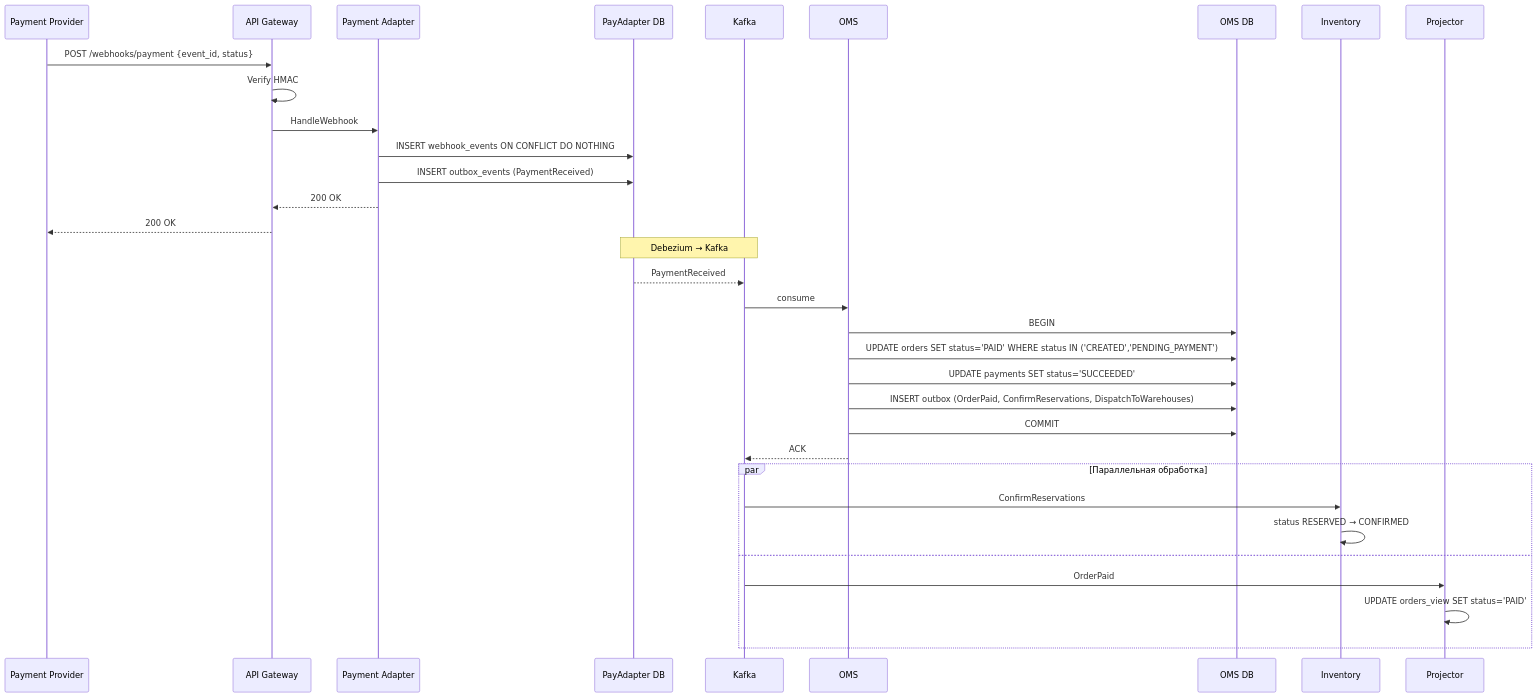
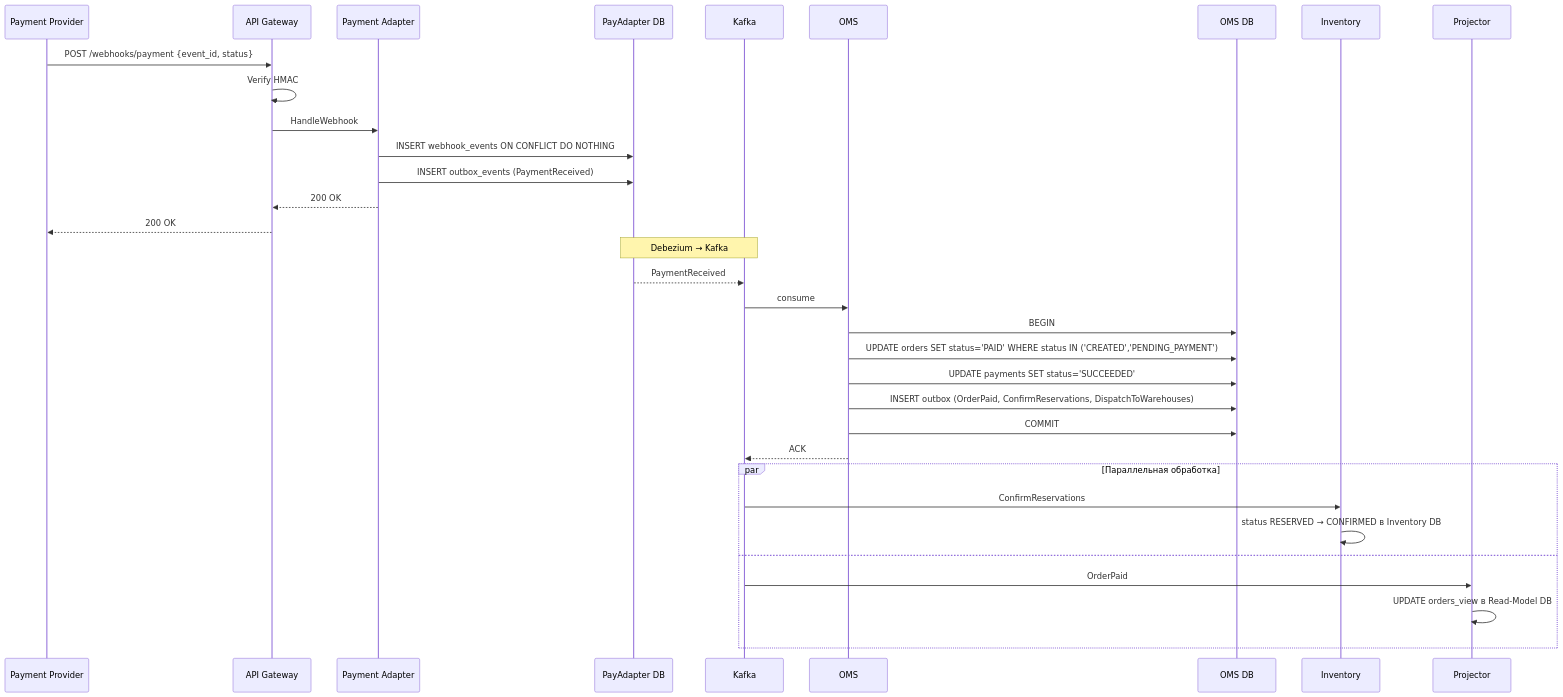
Before and after one commit to Unbiscuit/dev_sol: the seventh of 9 diagrams in marketplace-order-solution.md, drawn with Mermaid. The commit also changed other lines of this file, not shown here.

````diff
--- a/marketplace-order-solution.md
+++ b/marketplace-order-solution.md
@@ -549,40 +549,40 @@
 ```mermaid
 sequenceDiagram
     participant Provider as Payment Provider
     participant Gateway as API Gateway
     participant PayAdapter as Payment Adapter
     participant PADb as PayAdapter DB
     participant Kafka
     participant OMS
     participant OMSDB as OMS DB
     participant Inventory
     participant Projector
 
     Provider->>Gateway: POST /webhooks/payment {event_id, status}
     Gateway->>Gateway: Verify HMAC
     Gateway->>PayAdapter: HandleWebhook
 
     PayAdapter->>PADb: INSERT webhook_events ON CONFLICT DO NOTHING
     PayAdapter->>PADb: INSERT outbox_events (PaymentReceived)
     PayAdapter-->>Gateway: 200 OK
     Gateway-->>Provider: 200 OK
 
     Note over PADb, Kafka: Debezium → Kafka
     PADb-->>Kafka: PaymentReceived
 
     Kafka->>OMS: consume
     OMS->>OMSDB: BEGIN
     OMS->>OMSDB: UPDATE orders SET status='PAID' WHERE status IN ('CREATED','PENDING_PAYMENT')
     OMS->>OMSDB: UPDATE payments SET status='SUCCEEDED'
     OMS->>OMSDB: INSERT outbox (OrderPaid, ConfirmReservations, DispatchToWarehouses)
     OMS->>OMSDB: COMMIT
     OMS-->>Kafka: ACK
 
     par Параллельная обработка
         Kafka->>Inventory: ConfirmReservations
-        Inventory->>Inventory: status RESERVED → CONFIRMED
+        Inventory->>Inventory: status RESERVED → CONFIRMED в Inventory DB
     and
         Kafka->>Projector: OrderPaid
-        Projector->>Projector: UPDATE orders_view SET status='PAID'
+        Projector->>Projector: UPDATE orders_view в Read-Model DB
     end
 ```
````
